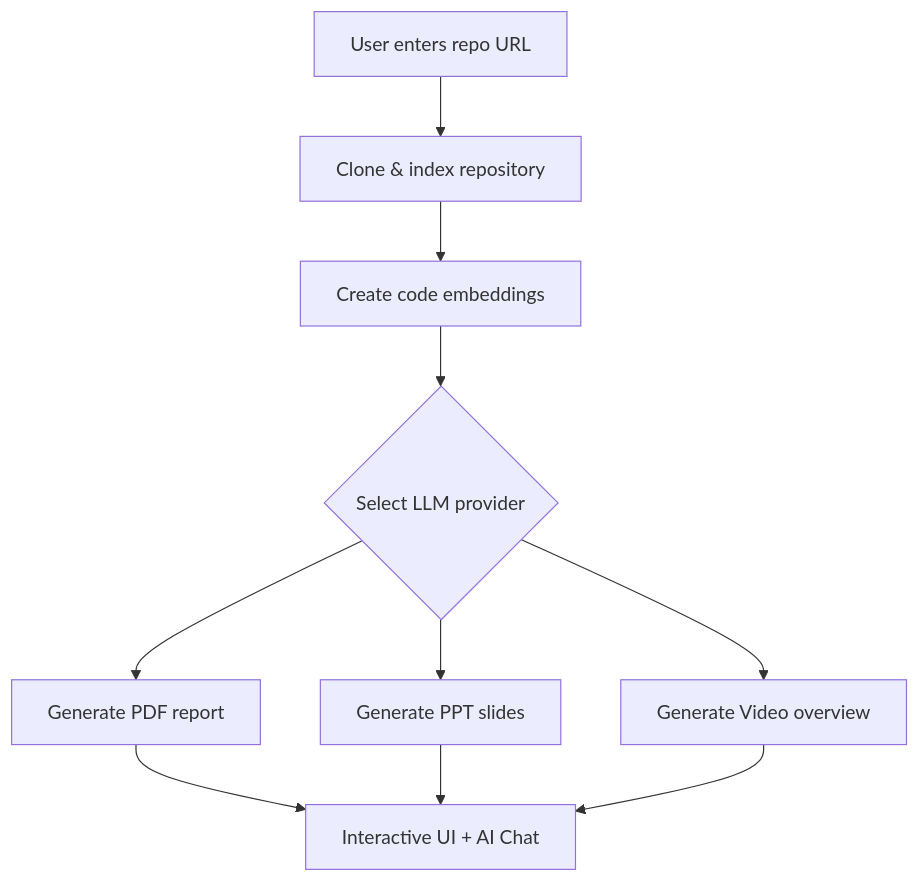
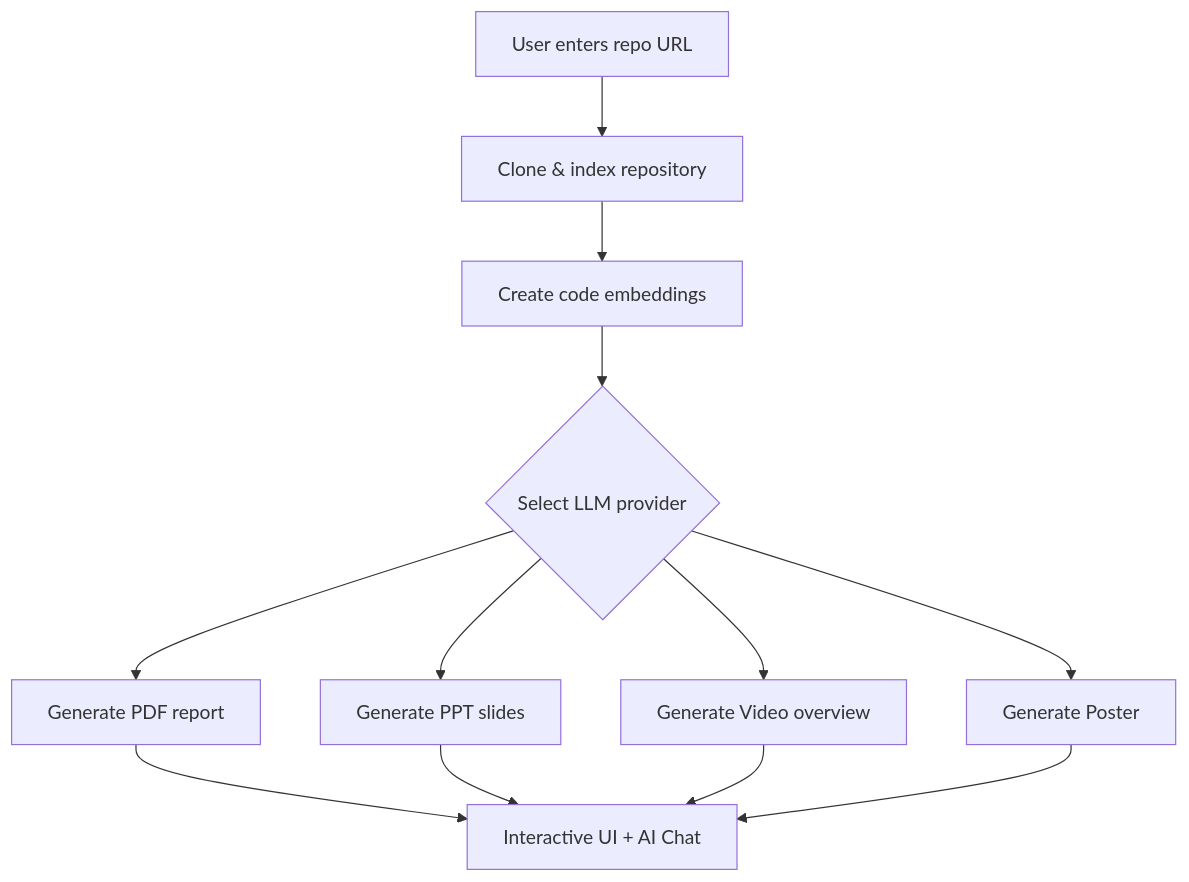
The first of 2 diagrams in README.md (TeresaLin0725/CS5260_Group12_RepoAgent), drawn with Mermaid before and after one commit. The commit also changed other lines of this file and 118 other files, not shown here.

````diff
--- a/README.md
+++ b/README.md
@@ -69,12 +98,14 @@
 ```mermaid
 graph TD
     A[User enters repo URL] --> B[Clone & index repository]
     B --> C[Create code embeddings]
     C --> D{Select LLM provider}
     D --> E[Generate PDF report]
     D --> F[Generate PPT slides]
     D --> G[Generate Video overview]
-    E --> H[Interactive UI + AI Chat]
-    F --> H
-    G --> H
+    D --> H[Generate Poster]
+    E --> I[Interactive UI + AI Chat]
+    F --> I
+    G --> I
+    H --> I
 ```
````
